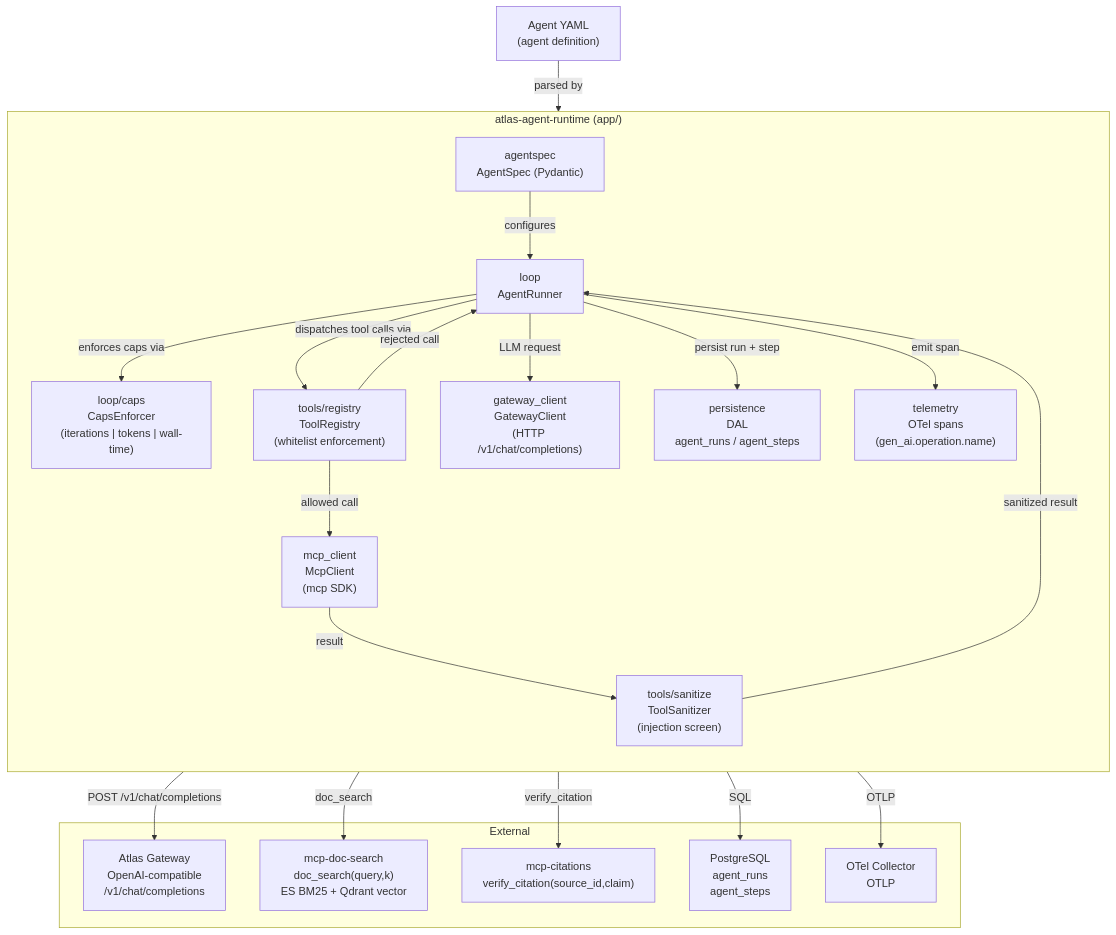
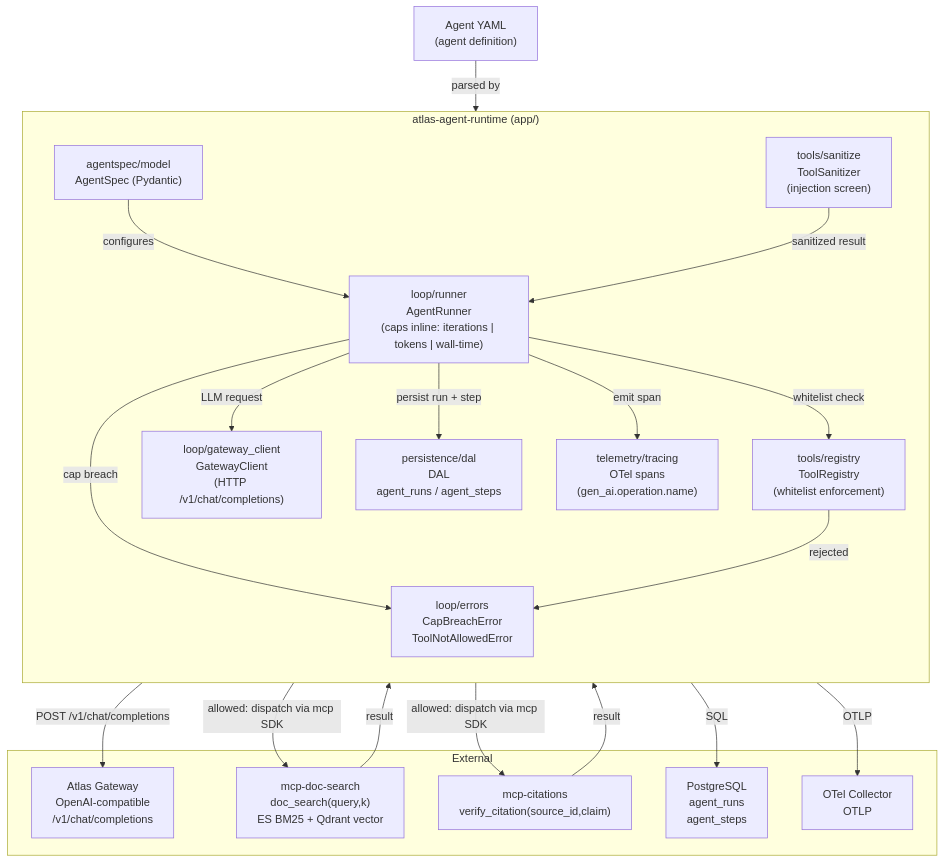
Before and after one commit to bragabruno/atlas-agent-runtime: the diagram in docs/diagrams/component-c4.md, drawn with Mermaid.

Commit message:
docs: component-c4 diagram sync to shipped layout (XCUT-3)
Correct the C4 diagram to the actual module layout (loop/runner.py + errors.py; ToolRegistry dispatch; no nonexistent mcp_client/caps boxes). XCUT-3.

````diff
--- a/docs/diagrams/component-c4.md
+++ b/docs/diagrams/component-c4.md
@@ -5,40 +5,39 @@
 ```mermaid
 flowchart TD
     subgraph "atlas-agent-runtime (app/)"
         direction TB
-        Runner["loop\nAgentRunner"]
-        Spec["agentspec\nAgentSpec (Pydantic)"]
+        Runner["loop/runner\nAgentRunner\n(caps inline: iterations | tokens | wall-time)"]
+        Errors["loop/errors\nCapBreachError\nToolNotAllowedError"]
+        Spec["agentspec/model\nAgentSpec (Pydantic)"]
         Registry["tools/registry\nToolRegistry\n(whitelist enforcement)"]
         Sanitize["tools/sanitize\nToolSanitizer\n(injection screen)"]
-        Persist["persistence\nDAL\nagent_runs / agent_steps"]
-        Telemetry["telemetry\nOTel spans\n(gen_ai.operation.name)"]
-        GWClient["gateway_client\nGatewayClient\n(HTTP /v1/chat/completions)"]
-        MCPClient["mcp_client\nMcpClient\n(mcp SDK)"]
-        Caps["loop/caps\nCapsEnforcer\n(iterations | tokens | wall-time)"]
+        Persist["persistence/dal\nDAL\nagent_runs / agent_steps"]
+        Telemetry["telemetry/tracing\nOTel spans\n(gen_ai.operation.name)"]
+        GWClient["loop/gateway_client\nGatewayClient\n(HTTP /v1/chat/completions)"]
     end
 
     subgraph "External"
         Gateway["Atlas Gateway\nOpenAI-compatible\n/v1/chat/completions"]
         DocSearch["mcp-doc-search\ndoc_search(query,k)\nES BM25 + Qdrant vector"]
         Citations["mcp-citations\nverify_citation(source_id,claim)"]
         PG["PostgreSQL\nagent_runs\nagent_steps"]
         OTel["OTel Collector\nOTLP"]
     end
 
     YAML["Agent YAML\n(agent definition)"] -->|parsed by| Spec
     Spec -->|configures| Runner
-    Runner -->|enforces caps via| Caps
-    Runner -->|dispatches tool calls via| Registry
-    Registry -->|allowed call| MCPClient
-    Registry -->|rejected call| Runner
-    MCPClient -->|result| Sanitize
+    Runner -->|cap breach| Errors
+    Runner -->|whitelist check| Registry
+    Registry -->|allowed: dispatch via mcp SDK| DocSearch
+    Registry -->|allowed: dispatch via mcp SDK| Citations
+    Registry -->|rejected| Errors
+    DocSearch -->|result| Sanitize
+    Citations -->|result| Sanitize
     Sanitize -->|sanitized result| Runner
     Runner -->|LLM request| GWClient
     GWClient -->|POST /v1/chat/completions| Gateway
-    MCPClient -->|doc_search| DocSearch
-    MCPClient -->|verify_citation| Citations
     Runner -->|persist run + step| Persist
     Persist -->|SQL| PG
     Runner -->|emit span| Telemetry
     Telemetry -->|OTLP| OTel
 ```
````
